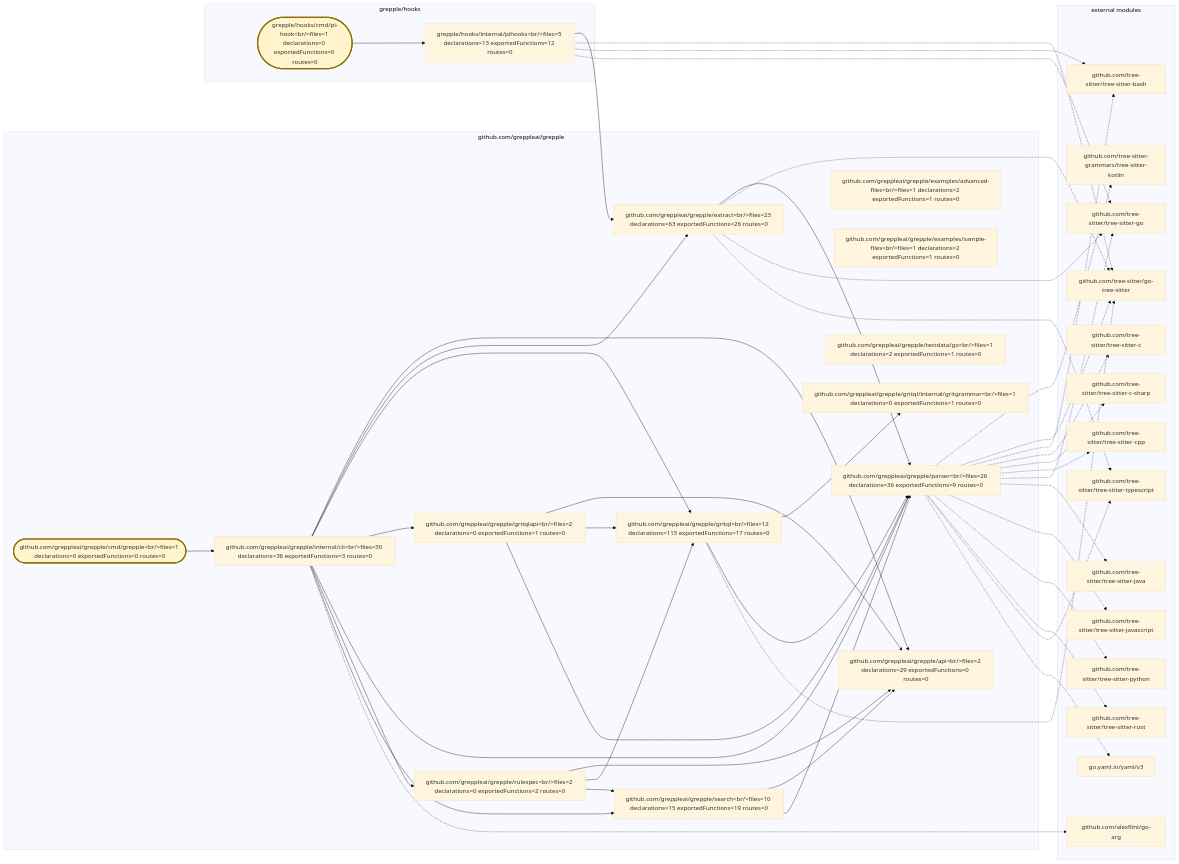
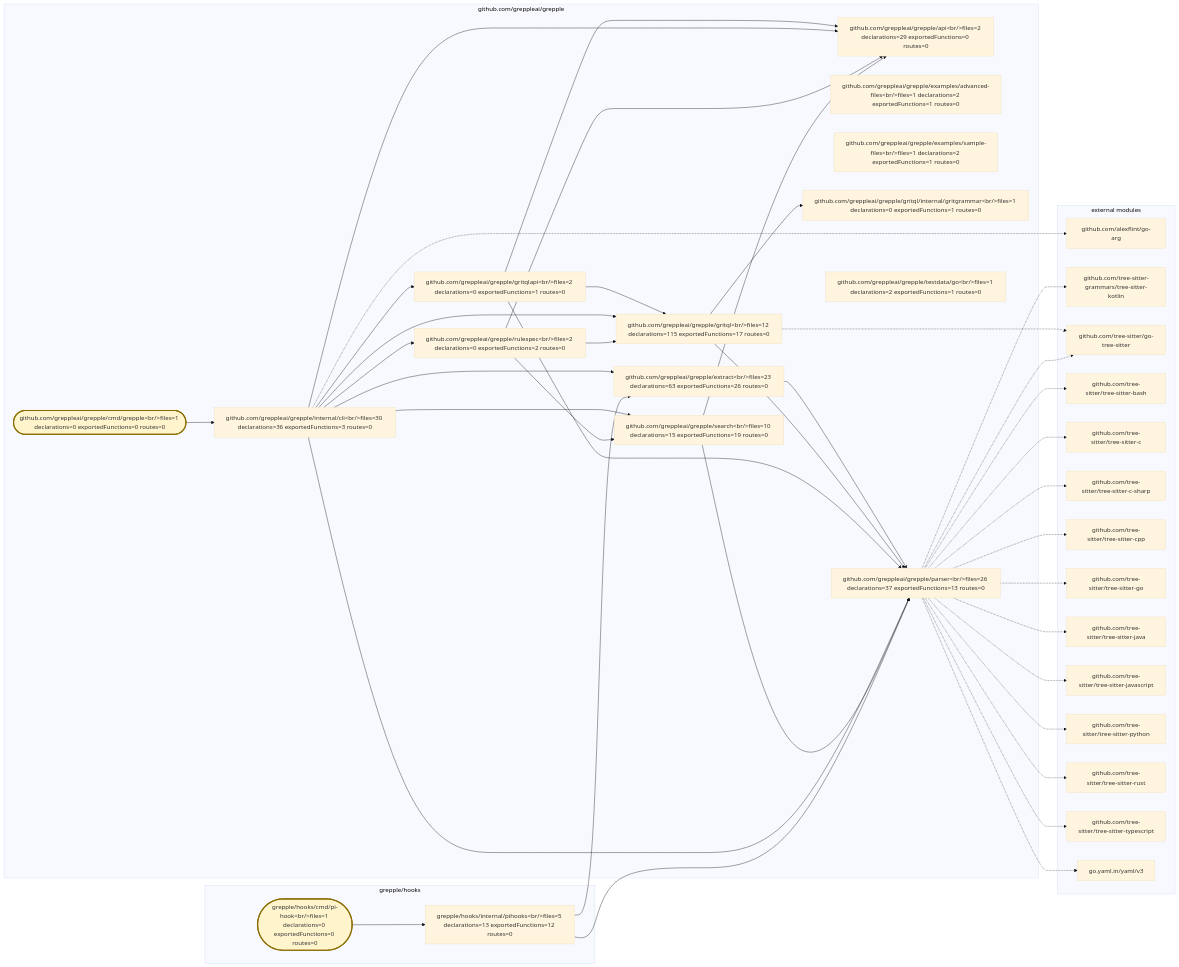
One commit to greppleai/grepple changed the diagram in .grepple/project.workspace/overview.mmd. Above: the diagram before and after it, drawn with Mermaid (base theme). The commit also changed 26 other files, not shown here.

Commit message:
refactor: consolidate source parsing in parser package

```diff
--- a/.grepple/project.workspace/overview.mmd
+++ b/.grepple/project.workspace/overview.mmd
@@ -1,81 +1,76 @@
 flowchart LR
     classDef entrypoint fill:#fff4cc,stroke:#8a6d00,stroke-width:3px
     subgraph module_0["github.com/greppleai/grepple"]
         package_0["github.com/greppleai/grepple/api&lt;br/&gt;files=2 declarations=29 exportedFunctions=0 routes=0"]
         package_1(["github.com/greppleai/grepple/cmd/grepple&lt;br/&gt;files=1 declarations=0 exportedFunctions=0 routes=0"])
         class package_1 entrypoint
         package_2["github.com/greppleai/grepple/examples/advanced-files&lt;br/&gt;files=1 declarations=2 exportedFunctions=1 routes=0"]
         package_3["github.com/greppleai/grepple/examples/sample-files&lt;br/&gt;files=1 declarations=2 exportedFunctions=1 routes=0"]
         package_4["github.com/greppleai/grepple/extract&lt;br/&gt;files=23 declarations=63 exportedFunctions=26 routes=0"]
         package_5["github.com/greppleai/grepple/gritql&lt;br/&gt;files=12 declarations=115 exportedFunctions=17 routes=0"]
         package_6["github.com/greppleai/grepple/gritql/internal/gritgrammar&lt;br/&gt;files=1 declarations=0 exportedFunctions=1 routes=0"]
         package_7["github.com/greppleai/grepple/gritqlapi&lt;br/&gt;files=2 declarations=0 exportedFunctions=1 routes=0"]
         package_8["github.com/greppleai/grepple/internal/cli&lt;br/&gt;files=30 declarations=36 exportedFunctions=3 routes=0"]
-        package_9["github.com/greppleai/grepple/parser&lt;br/&gt;files=26 declarations=36 exportedFunctions=9 routes=0"]
+        package_9["github.com/greppleai/grepple/parser&lt;br/&gt;files=26 declarations=37 exportedFunctions=13 routes=0"]
         package_10["github.com/greppleai/grepple/rulespec&lt;br/&gt;files=2 declarations=0 exportedFunctions=2 routes=0"]
         package_11["github.com/greppleai/grepple/search&lt;br/&gt;files=10 declarations=15 exportedFunctions=19 routes=0"]
         package_12["github.com/greppleai/grepple/testdata/go&lt;br/&gt;files=1 declarations=2 exportedFunctions=1 routes=0"]
     end
     subgraph module_1["grepple/hooks"]
         package_13(["grepple/hooks/cmd/pi-hook&lt;br/&gt;files=1 declarations=0 exportedFunctions=0 routes=0"])
         class package_13 entrypoint
         package_14["grepple/hooks/internal/pihooks&lt;br/&gt;files=5 declarations=13 exportedFunctions=12 routes=0"]
     end
     package_1 --> package_8
     package_4 --> package_9
     package_5 --> package_6
     package_5 --> package_9
     package_7 --> package_0
     package_7 --> package_5
     package_7 --> package_9
     package_8 --> package_0
     package_8 --> package_4
     package_8 --> package_5
     package_8 --> package_7
     package_8 --> package_9
     package_8 --> package_10
     package_8 --> package_11
     package_10 --> package_0
     package_10 --> package_5
     package_10 --> package_11
     package_11 --> package_0
     package_11 --> package_9
     package_13 --> package_14
     package_14 --> package_4
+    package_14 --> package_9
     subgraph external_dependencies["external modules"]
         external_0["github.com/alexflint/go-arg"]
         external_1["github.com/tree-sitter-grammars/tree-sitter-kotlin"]
         external_2["github.com/tree-sitter/go-tree-sitter"]
         external_3["github.com/tree-sitter/tree-sitter-bash"]
         external_4["github.com/tree-sitter/tree-sitter-c"]
         external_5["github.com/tree-sitter/tree-sitter-c-sharp"]
         external_6["github.com/tree-sitter/tree-sitter-cpp"]
         external_7["github.com/tree-sitter/tree-sitter-go"]
         external_8["github.com/tree-sitter/tree-sitter-java"]
         external_9["github.com/tree-sitter/tree-sitter-javascript"]
         external_10["github.com/tree-sitter/tree-sitter-python"]
         external_11["github.com/tree-sitter/tree-sitter-rust"]
         external_12["github.com/tree-sitter/tree-sitter-typescript"]
         external_13["go.yaml.in/yaml/v3"]
     end
     package_8 -.-> external_0
     package_9 -.-> external_1
-    package_4 -.-> external_2
     package_5 -.-> external_2
     package_9 -.-> external_2
-    package_14 -.-> external_2
     package_9 -.-> external_3
-    package_14 -.-> external_3
     package_9 -.-> external_4
     package_9 -.-> external_5
     package_9 -.-> external_6
-    package_4 -.-> external_7
     package_9 -.-> external_7
-    package_14 -.-> external_7
     package_9 -.-> external_8
     package_9 -.-> external_9
     package_9 -.-> external_10
     package_9 -.-> external_11
-    package_4 -.-> external_12
     package_9 -.-> external_12
     package_9 -.-> external_13
```
